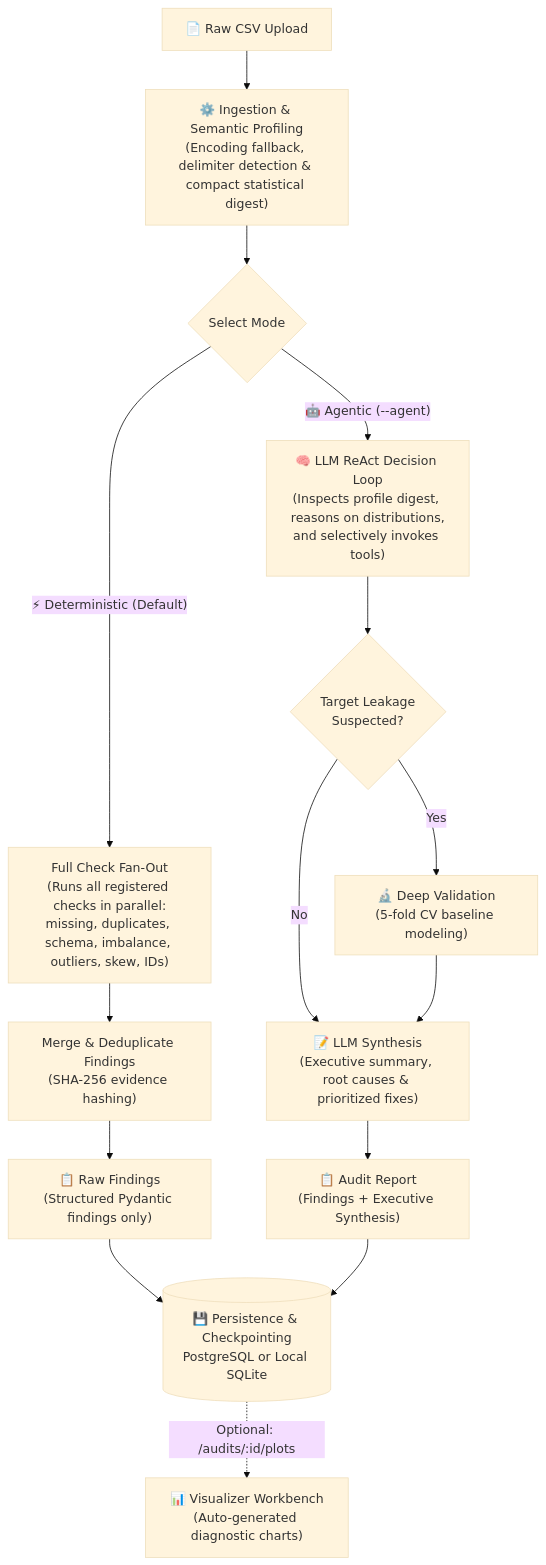
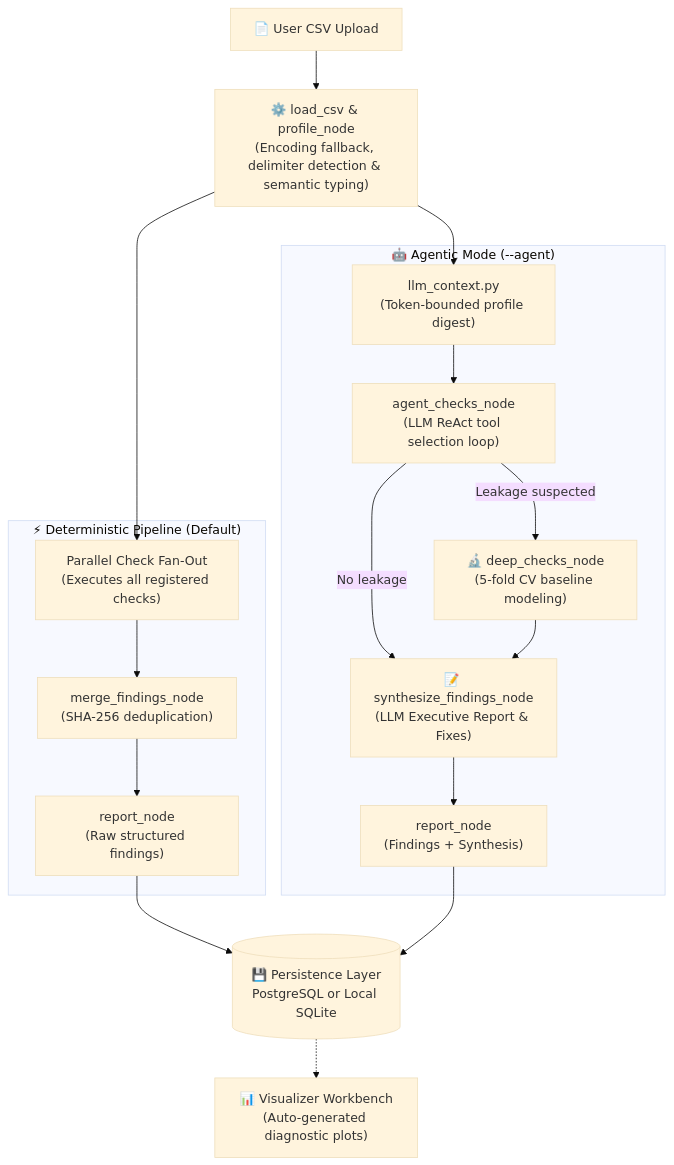
The diagram in README.md (ezekielkharkongor08/data-detective), drawn with Mermaid (base theme) before and after one commit. The commit also changed other lines of this file, not shown here.

Commit message:
Updated the Readme.md file

````diff
--- a/README.md
+++ b/README.md
@@ -37,25 +37,25 @@
 ```mermaid
 flowchart TD
-    CSV["📄 Raw CSV Upload"] --> Profile["⚙️ Ingestion & Semantic Profiling\n(Encoding fallback, delimiter detection & compact statistical digest)"]
-    
-    Profile --> Mode{"Select Mode"}
-    
-    %% Deterministic Path
-    Mode -->|"⚡ Deterministic (Default)"| DetSuite["Full Check Fan-Out\n(Runs all registered checks in parallel:\nmissing, duplicates, schema, imbalance, outliers, skew, IDs)"]
-    DetSuite --> DetMerge["Merge & Deduplicate Findings\n(SHA-256 evidence hashing)"]
-    DetMerge --> DetOut["📋 Raw Findings\n(Structured Pydantic findings only)"]
+    CSV["📄 User CSV Upload"] --> Load["⚙️ load_csv & profile_node\n(Encoding fallback, delimiter detection & semantic typing)"]
 
-    %% Agentic Path
-    Mode -->|"🤖 Agentic (--agent)"| AgentLoop["🧠 LLM ReAct Decision Loop\n(Inspects profile digest, reasons on distributions,\nand selectively invokes tools)"]
-    AgentLoop --> AgentGate{"Target Leakage\nSuspected?"}
-    AgentGate -->|Yes| AgentDeep["🔬 Deep Validation\n(5-fold CV baseline modeling)"]
-    AgentGate -->|No| AgentSynth["📝 LLM Synthesis\n(Executive summary, root causes & prioritized fixes)"]
-    AgentDeep --> AgentSynth
-    AgentSynth --> AgentOut["📋 Audit Report\n(Findings + Executive Synthesis)"]
+    Load --> FanOut
+    Load --> Digest
 
-    %% Convergence
-    DetOut --> Storage[("💾 Persistence & Checkpointing\nPostgreSQL or Local SQLite")]
-    AgentOut --> Storage
+    subgraph Deterministic ["⚡ Deterministic Pipeline (Default)"]
+        FanOut["Parallel Check Fan-Out\n(Executes all registered checks)"] --> Merge["merge_findings_node\n(SHA-256 deduplication)"]
+        Merge --> RepDet["report_node\n(Raw structured findings)"]
+    end
 
-    Storage -.->|"Optional: /audits/:id/plots"| Viz["📊 Visualizer Workbench\n(Auto-generated diagnostic charts)"]
+    subgraph Agentic ["🤖 Agentic Mode (--agent)"]
+        Digest["llm_context.py\n(Token-bounded profile digest)"] --> ReAct["agent_checks_node\n(LLM ReAct tool selection loop)"]
+        ReAct -->|Leakage suspected| DeepAgent["🔬 deep_checks_node\n(5-fold CV baseline modeling)"]
+        ReAct -->|No leakage| Synth["📝 synthesize_findings_node\n(LLM Executive Report & Fixes)"]
+        DeepAgent --> Synth
+        Synth --> RepAgent["report_node\n(Findings + Synthesis)"]
+    end
+
+    RepDet --> Storage[("💾 Persistence Layer\nPostgreSQL or Local SQLite")]
+    RepAgent --> Storage
+
+    Storage -.-> Viz["📊 Visualizer Workbench\n(Auto-generated diagnostic plots)"]
 ```
````
